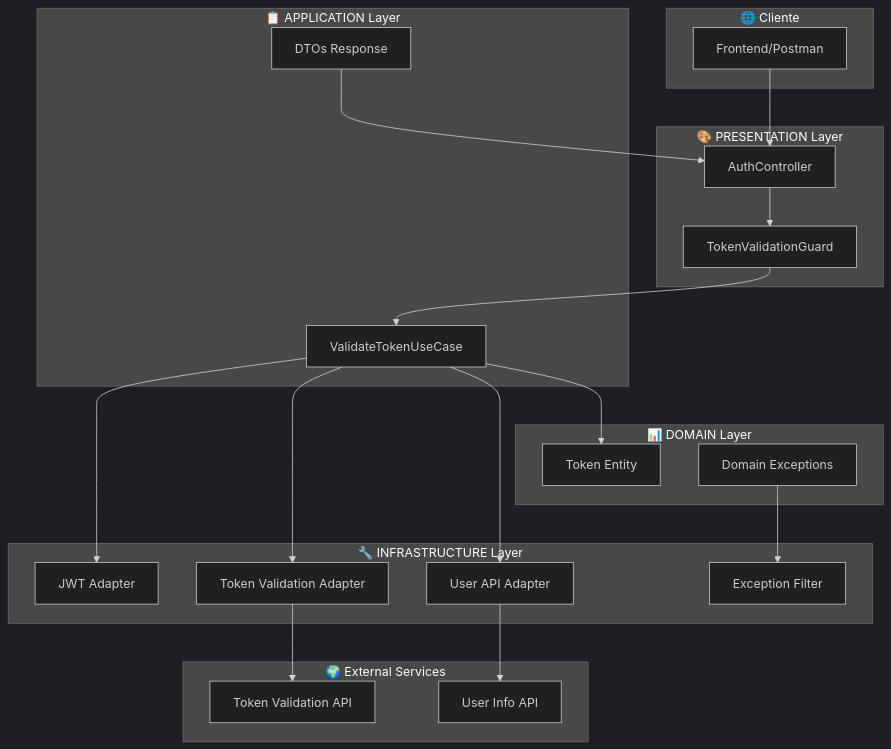
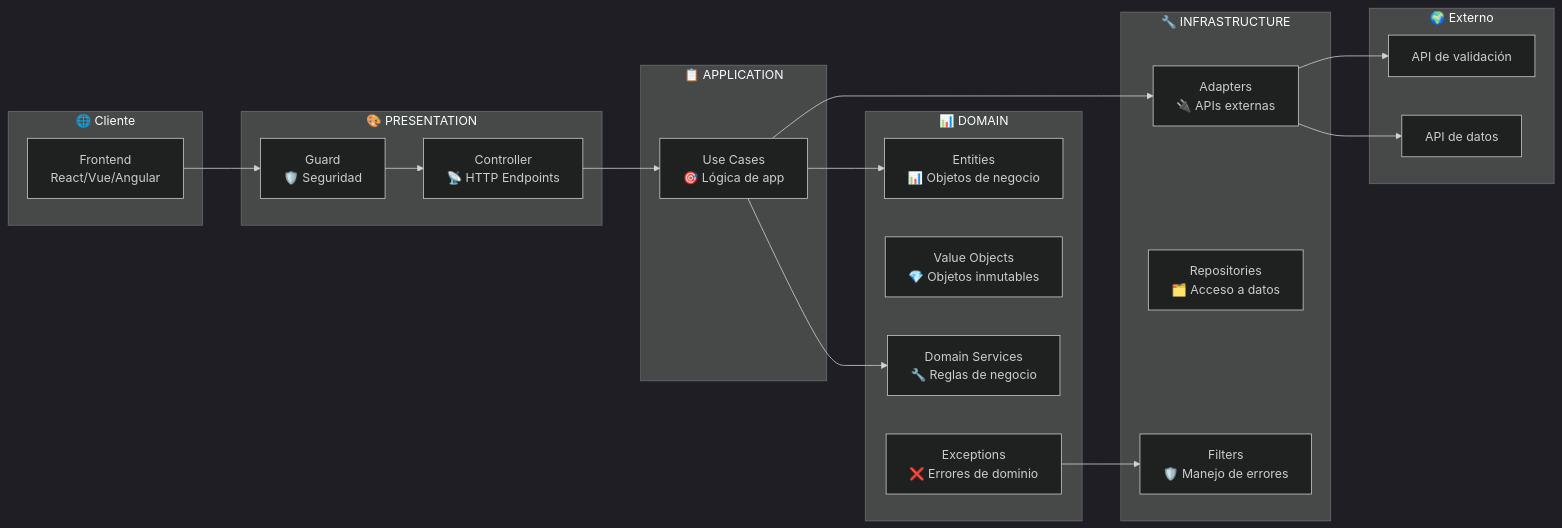
Before and after one commit to GaianiMagali/BFF-NestJs: the second of 3 diagrams in README.md, drawn with Mermaid (dark theme). The commit also changed other lines of this file and 46 other files, not shown here.

````diff
--- a/README.md
+++ b/README.md
@@ -49,45 +396,43 @@
 ```mermaid
-graph TB
+graph LR
     subgraph "🌐 Cliente"
-        Client[Frontend/Postman]
+        FE[Frontend<br/>React/Vue/Angular]
     end
     
-    subgraph "🎨 PRESENTATION Layer"
-        Controller[AuthController]
-        Guard[TokenValidationGuard]
+    subgraph "🎨 PRESENTATION"
+        CTRL[Controller<br/>📡 HTTP Endpoints]
+        GUARD[Guard<br/>🛡️ Seguridad]
     end
     
-    subgraph "📋 APPLICATION Layer"  
-        UseCase[ValidateTokenUseCase]
-        DTOs[DTOs Response]
+    subgraph "📋 APPLICATION" 
+        UC[Use Cases<br/>🎯 Lógica de app]
     end
     
-    subgraph "📊 DOMAIN Layer"
-        Entity[Token Entity]
-        Exceptions[Domain Exceptions]
+    subgraph "📊 DOMAIN"
+        ENT[Entities<br/>📊 Objetos de negocio]
+        VO[Value Objects<br/>💎 Objetos inmutables] 
+        DS[Domain Services<br/>🔧 Reglas de negocio]
+        EX[Exceptions<br/>❌ Errores de dominio]
     end
     
-    subgraph "🔧 INFRASTRUCTURE Layer"
-        JWTAdapter[JWT Adapter]
-        ValidationAdapter[Token Validation Adapter]
-        UserAdapter[User API Adapter]
-        Filter[Exception Filter]
+    subgraph "🔧 INFRASTRUCTURE"
+        ADAPT[Adapters<br/>🔌 APIs externas]
+        REPO[Repositories<br/>🗂️ Acceso a datos]
+        FILT[Filters<br/>🛡️ Manejo de errores]
     end
     
-    subgraph "🌍 External Services"
-        ValidationAPI[Token Validation API]
-        UserAPI[User Info API]
+    subgraph "🌍 Externo"
+        API1[API de validación]
+        API2[API de datos]
     end
-
-    Client --> Controller
-    Controller --> Guard
-    Guard --> UseCase
-    UseCase --> Entity
-    UseCase --> JWTAdapter
-    UseCase --> ValidationAdapter
-    UseCase --> UserAdapter
-    ValidationAdapter --> ValidationAPI
-    UserAdapter --> UserAPI
-    Exceptions --> Filter
-    DTOs --> Controller
+    
+    FE --> GUARD
+    GUARD --> CTRL
+    CTRL --> UC
+    UC --> DS
+    UC --> ENT
+    UC --> ADAPT
+    ADAPT --> API1
+    ADAPT --> API2
+    EX --> FILT
 ```
````
